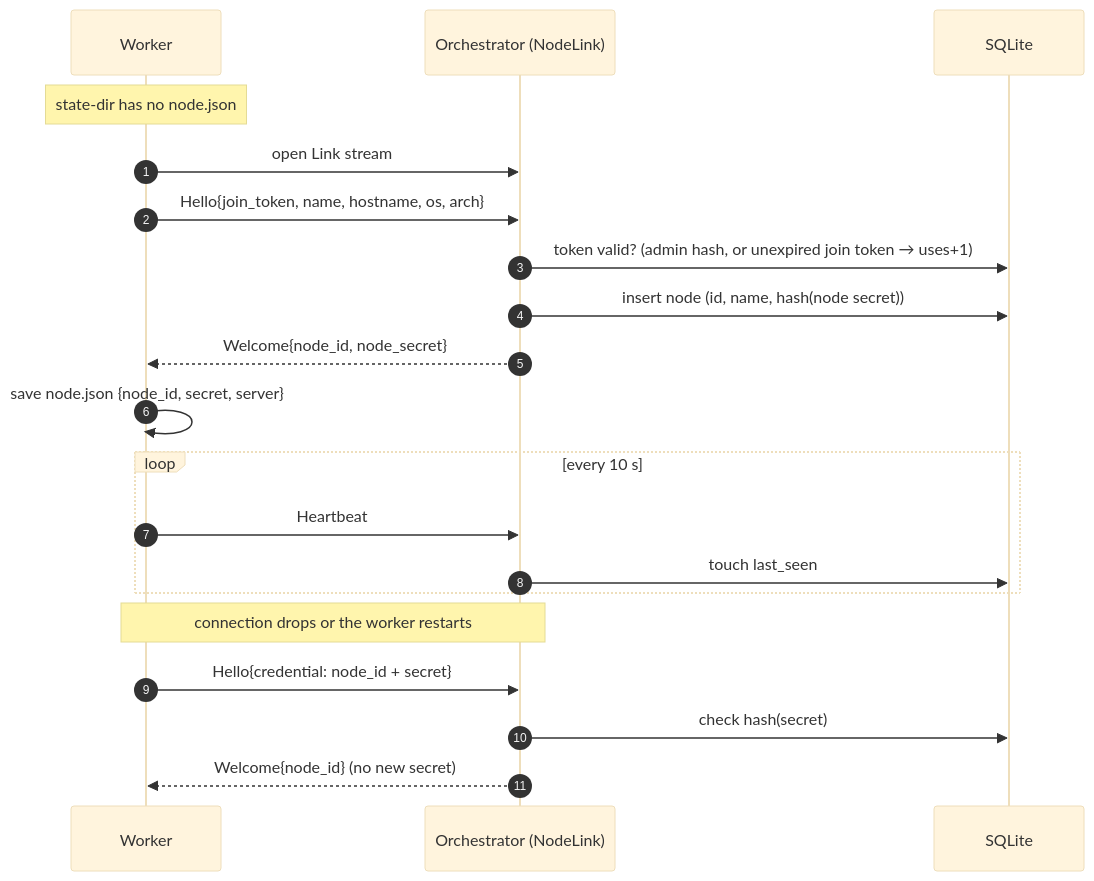
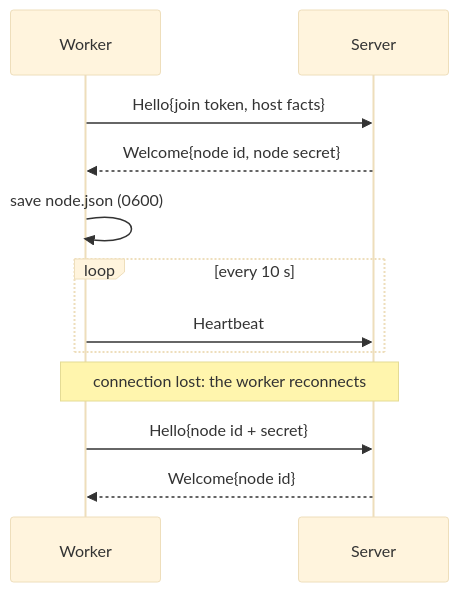
One commit to EwenSellitto/Commandant changed the second of 3 diagrams in docs/architecture.md. Above: the diagram before and after it, drawn with Mermaid (base theme). The commit also changed other lines of this file and 2 other files, not shown here.

````diff
--- a/docs/architecture.md
+++ b/docs/architecture.md
@@ -144,25 +61,14 @@
 ```mermaid
 sequenceDiagram
-    autonumber
     participant W as Worker
-    participant O as Orchestrator (NodeLink)
-    participant DB as SQLite
-
-    Note over W: state-dir has no node.json
-    W->>O: open Link stream
-    W->>O: Hello{join_token, name, hostname, os, arch}
-    O->>DB: token valid? (admin hash, or unexpired join token → uses+1)
-    O->>DB: insert node (id, name, hash(node secret))
-    O-->>W: Welcome{node_id, node_secret}
-    W->>W: save node.json {node_id, secret, server}
-
+    participant S as Server
+    W->>S: Hello{join token, host facts}
+    S-->>W: Welcome{node id, node secret}
+    W->>W: save node.json (0600)
     loop every 10 s
-        W->>O: Heartbeat
-        O->>DB: touch last_seen
+        W->>S: Heartbeat
     end
-
-    Note over W,O: connection drops or the worker restarts
-    W->>O: Hello{credential: node_id + secret}
-    O->>DB: check hash(secret)
-    O-->>W: Welcome{node_id}  (no new secret)
+    Note over W,S: connection lost: the worker reconnects
+    W->>S: Hello{node id + secret}
+    S-->>W: Welcome{node id}
 ```
````
